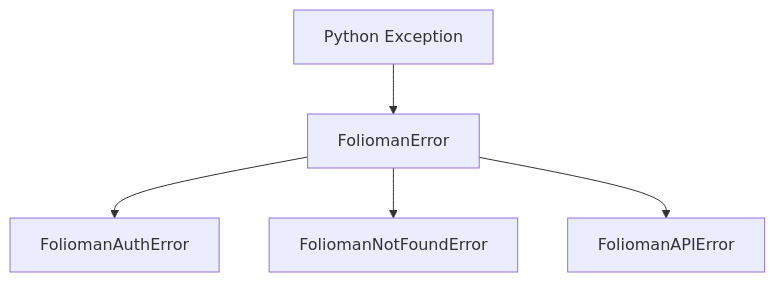
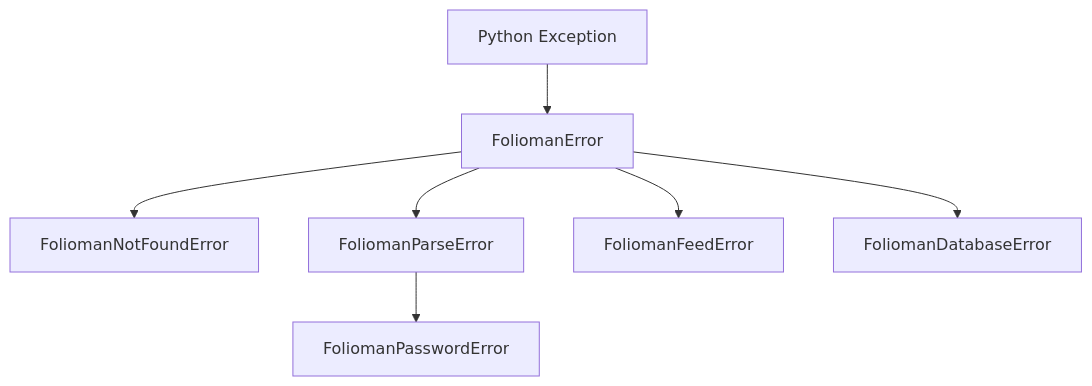
The diagram in docs/errors.md (sid-146/folioman-client), drawn with Mermaid before and after one commit. The commit also changed other lines of this file and 10 other files, not shown here.

````diff
--- a/docs/errors.md
+++ b/docs/errors.md
@@ -9,8 +9,9 @@
 ```mermaid
 graph TD
-    Exception[Python Exception]
-    Exception --> FoliomanError[FoliomanError]
-    FoliomanError --> FoliomanAuthError[FoliomanAuthError]
+    Exception[Python Exception] --> FoliomanError[FoliomanError]
     FoliomanError --> FoliomanNotFoundError[FoliomanNotFoundError]
-    FoliomanError --> FoliomanAPIError[FoliomanAPIError]
+    FoliomanError --> FoliomanParseError[FoliomanParseError]
+    FoliomanParseError --> FoliomanPasswordError[FoliomanPasswordError]
+    FoliomanError --> FoliomanFeedError[FoliomanFeedError]
+    FoliomanError --> FoliomanDatabaseError[FoliomanDatabaseError]
 ```
````
